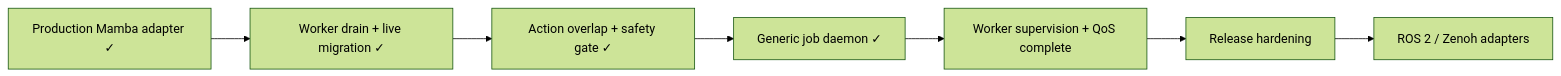
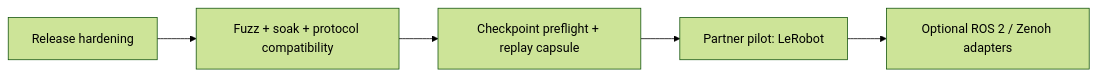
The diagram in docs/roadmap.md (elprofesoriqo/FlowEdge), drawn with Mermaid (forest theme) before and after one commit. The commit also changed other lines of this file and 16 other files, not shown here.

````diff
--- a/docs/roadmap.md
+++ b/docs/roadmap.md
@@ -16,9 +15,7 @@
 ```{mermaid}
 flowchart LR
-  M[Production Mamba adapter ✓] --> G[Worker drain + live migration ✓]
-  G --> A[Action overlap + safety gate ✓]
-  A --> D[Generic job daemon ✓]
-  D --> S[Worker supervision + QoS complete]
-  S --> R[Release hardening]
-  R --> I[ROS 2 / Zenoh adapters]
+  A[Release hardening] --> B[Fuzz + soak + protocol compatibility]
+  B --> C[Checkpoint preflight + replay capsule]
+  C --> D[Partner pilot: LeRobot]
+  D --> E[Optional ROS 2 / Zenoh adapters]
 ```
````
